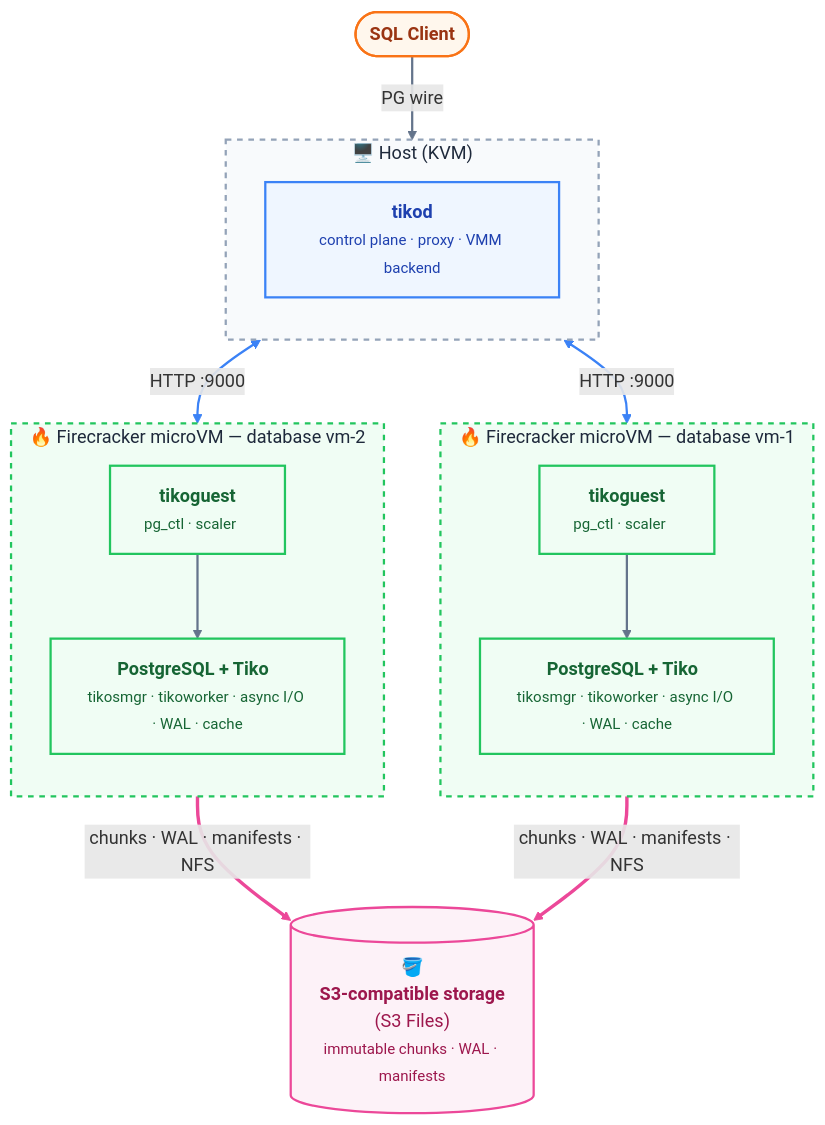
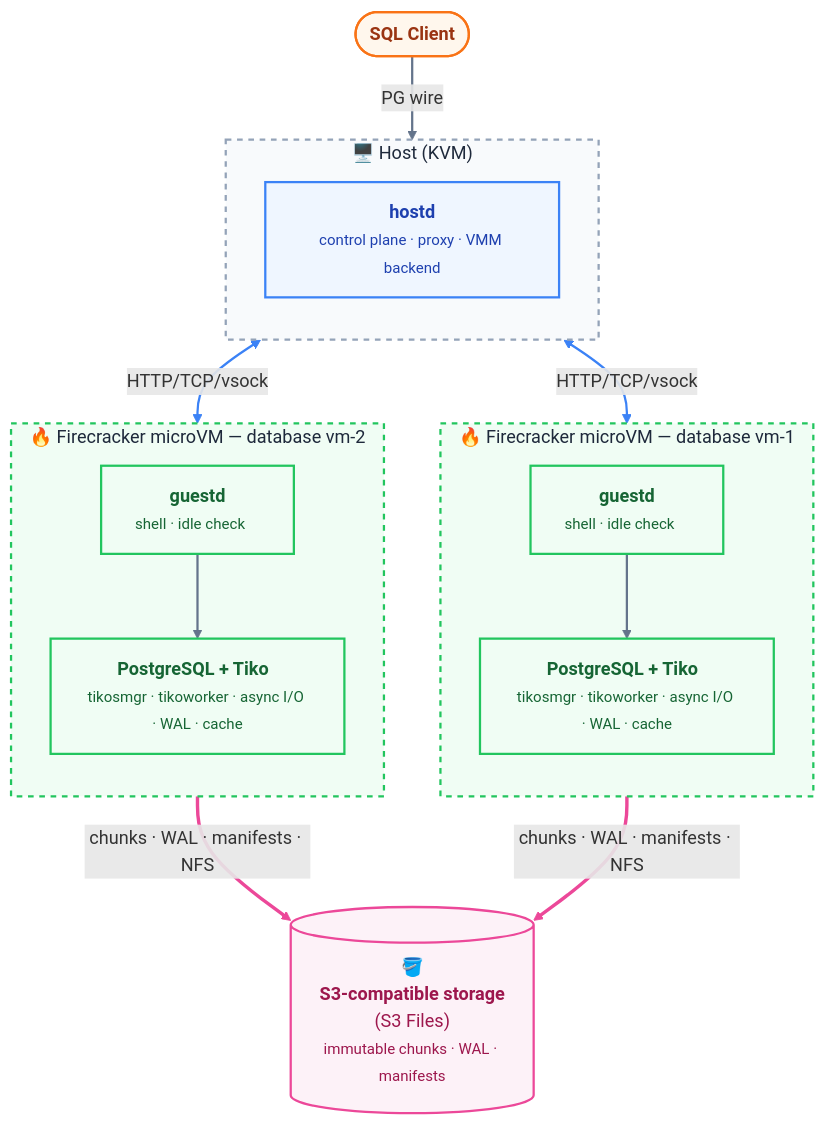
The diagram in README.md (burmecia/tiko), drawn with Mermaid before and after one commit. The commit also changed other lines of this file and 2 other files, not shown here.

````diff
--- a/README.md
+++ b/README.md
@@ -45,54 +41,54 @@
 ```mermaid
 %%{init: {"themeVariables": {"titleColor": "#1e293b", "clusterBkg": "#f8fafc", "clusterBorder": "#94a3b8"}}}%%
 flowchart TB
   Client(["<b>SQL Client</b>"])
 
   subgraph Host ["🖥️ Host (KVM)"]
     direction TB
-    Tikod["<b>tikod</b><br/><small>control plane · proxy · VMM backend</small>"]
+    hostd["<b>hostd</b><br/><small>control plane · proxy · VMM backend</small>"]
   end
 
   subgraph VM1 ["🔥 Firecracker microVM — database vm-1"]
     direction TB
-    Guest1["<b>tikoguest</b><br/><small>pg_ctl · scaler&nbsp;&nbsp;&nbsp;&nbsp;</small>"]
+    Guest1["<b>guestd</b><br/><small>shell · idle check&nbsp;&nbsp;&nbsp;&nbsp;</small>"]
     PG1["<b>PostgreSQL + Tiko&nbsp;&nbsp;</b><br/><small>tikosmgr · tikoworker · async I/O · WAL · cache</small>"]
     Guest1 --> PG1
   end
 
   subgraph VM2 ["🔥 Firecracker microVM — database vm-2"]
     direction TB
-    Guest2["<b>tikoguest</b><br/><small>pg_ctl · scaler&nbsp;&nbsp;&nbsp;&nbsp;</small>"]
+    Guest2["<b>guestd</b><br/><small>shell · idle check&nbsp;&nbsp;&nbsp;&nbsp;</small>"]
     PG2["<b>PostgreSQL + Tiko&nbsp;&nbsp;</b><br/><small>tikosmgr · tikoworker · async I/O · WAL · cache</small>"]
     Guest2 --> PG2
   end
 
   S3[("🪣<br/><b>S3-compatible storage</b><br/>(S3 Files)<br/><small>immutable chunks · WAL · manifests</small>")]
 
-  Client -->|PG wire| Tikod
-  Tikod <-->|HTTP :9000| Guest1
-  Tikod <-->|HTTP :9000| Guest2
+  Client -->|PG wire| hostd
+  hostd <-->|HTTP/TCP/vsock| Guest1
+  hostd <-->|HTTP/TCP/vsock| Guest2
   PG1 ==>|chunks · WAL · manifests · NFS| S3
   PG2 ==>|chunks · WAL · manifests · NFS| S3
 
   classDef client fill:#fff7ed,stroke:#f97316,stroke-width:2px,color:#9a3412
   classDef control fill:#eff6ff,stroke:#3b82f6,stroke-width:2px,color:#1e40af
   classDef vm fill:#f0fdf4,stroke:#22c55e,stroke-width:2px,color:#166534
   classDef storage fill:#fdf2f8,stroke:#ec4899,stroke-width:2px,color:#9d174d
 
   class Client client
-  class Tikod control
+  class hostd control
   class Guest1,PG1,Guest2,PG2 vm
   class S3 storage
 
   style Host fill:#f8fafc,stroke:#94a3b8,stroke-width:2px,stroke-dasharray:5 5
   style VM1 fill:#f0fdf4,stroke:#22c55e,stroke-width:2px,stroke-dasharray:5 5
   style VM2 fill:#f0fdf4,stroke:#22c55e,stroke-width:2px,stroke-dasharray:5 5
   style S3 fill:#fdf2f8,stroke:#ec4899,stroke-width:2px
   linkStyle 0 stroke:#64748b,stroke-width:2px
   linkStyle 1 stroke:#64748b,stroke-width:2px
   linkStyle 2 stroke:#64748b,stroke-width:2px
   linkStyle 3 stroke:#3b82f6,stroke-width:2px
   linkStyle 4 stroke:#3b82f6,stroke-width:2px
   linkStyle 5 stroke:#ec4899,stroke-width:3px
   linkStyle 6 stroke:#ec4899,stroke-width:3px
 ```
````
